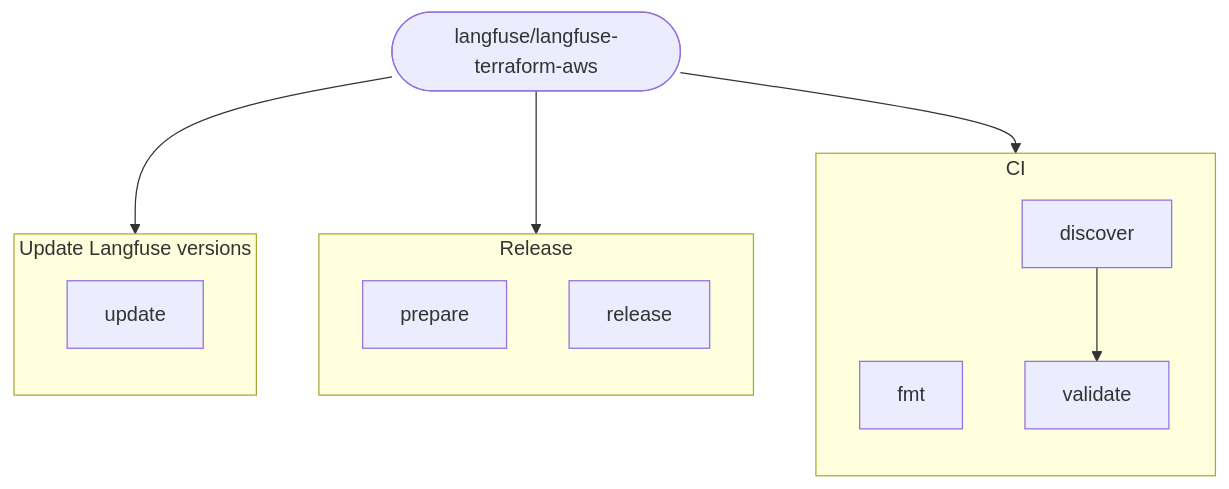
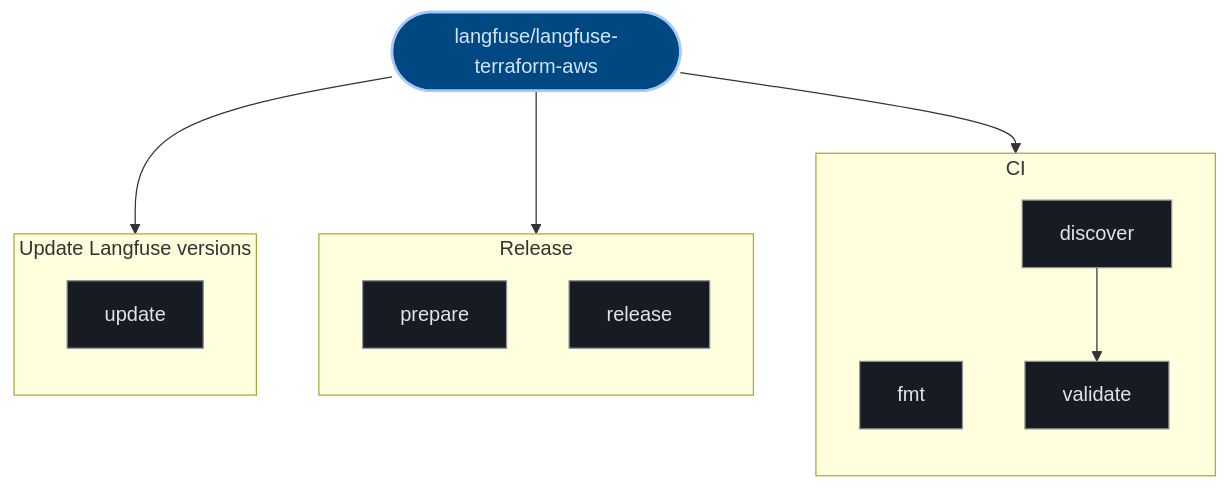
The third of 3 diagrams in exports/latest/reports/langfuse-langfuse-terraform-aws-report.md (kumarshaz/atruss-code-atlas), drawn with Mermaid before and after one commit. The commit also changed other lines of this file and 331 other files, not shown here.

Commit message:
docs,ui,fix: update SDLC docs, reorder CI/CD DAG first, stylize Mermaid, and fix Arc42 pipeline topology

````diff
--- a/exports/latest/reports/langfuse-langfuse-terraform-aws-report.md
+++ b/exports/latest/reports/langfuse-langfuse-terraform-aws-report.md
@@ -158,23 +169,30 @@
 ```mermaid
 graph TD;
-  pipeline_root(["langfuse/langfuse-terraform-aws"])
+  classDef atlasRoot fill:#004882,stroke:#a3c9ff,stroke-width:2px,color:#d3e4ff
+  classDef atlasCategory fill:#212428,stroke:#E87A48,stroke-width:1.5px,color:#dfe3eb
+  classDef atlasWorkflow fill:#1b2026,stroke:#a3c9ff,stroke-width:1.5px,color:#dfe3eb
+  classDef atlasJob fill:#171c22,stroke:#8d9199,stroke-width:1px,color:#dfe3eb
+  classDef atlasTarget fill:#005227,stroke:#8bd99b,stroke-width:1.5px,color:#a7f6b6
+  classDef atlasAlert fill:#93000a,stroke:#ffb4ab,stroke-width:1.5px,color:#ffdad6
+  classDef atlasMore fill:#252a31,stroke:#8d9199,stroke-dasharray:4 4,color:#c3c6cf
+  pipeline_root(["langfuse/langfuse-terraform-aws"]):::atlasRoot
   subgraph CI_0["CI"]
     direction TB
-    0_fmt["fmt"]
-    0_discover["discover"]
-    0_validate["validate"]
+    0_fmt["fmt"]:::atlasJob
+    0_discover["discover"]:::atlasJob
+    0_validate["validate"]:::atlasJob
     0_discover --> 0_validate
   end
   pipeline_root --> 0_fmt
   subgraph Release_1["Release"]
     direction TB
-    1_prepare["prepare"]
-    1_release["release"]
+    1_prepare["prepare"]:::atlasJob
+    1_release["release"]:::atlasJob
   end
   pipeline_root --> 1_prepare
   subgraph Update_Langfuse_versions_2["Update Langfuse versions"]
     direction TB
-    2_update["update"]
+    2_update["update"]:::atlasJob
   end
   pipeline_root --> 2_update
 ```
````
